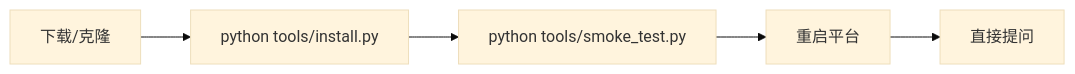
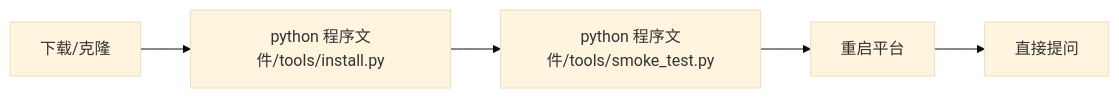
One commit to eiway112/prefab-interior-agent changed the sixth of 6 diagrams in README.md. Above: the diagram before and after it, drawn with Mermaid (base theme). The commit also changed other lines of this file and 19 other files, not shown here.

````diff
--- a/README.md
+++ b/README.md
@@ -334,7 +334,7 @@
 ```mermaid
 flowchart LR
-    D["下载/克隆"] --> I["python tools/install.py"]
-    I --> S["python tools/smoke_test.py"]
+    D["下载/克隆"] --> I["python 程序文件/tools/install.py"]
+    I --> S["python 程序文件/tools/smoke_test.py"]
     S --> R["重启平台"]
     R --> Q["直接提问"]
 ```
````
